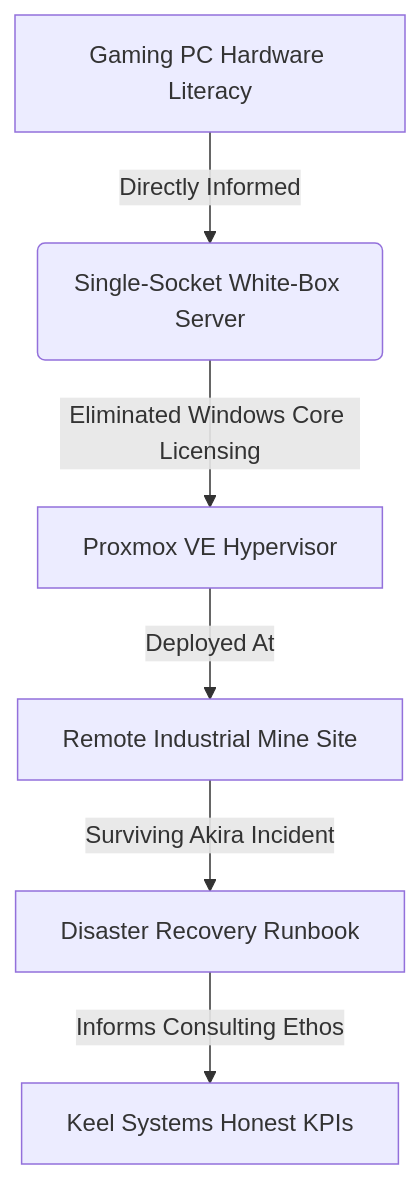
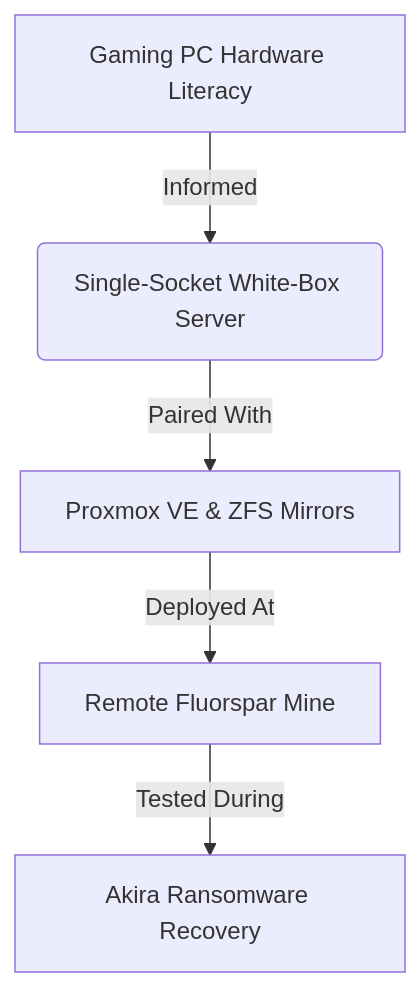
The diagram in content/articles/manifesto.md (thomster-git/foolery), drawn with Mermaid before and after one commit. The commit also changed other lines of this file and 40 other files, not shown here.

Commit message:
Release v1.8.0: Graph-first homepage, editorial & symmetry overhaul, /now page, and Monday dispatch

````diff
--- a/content/articles/manifesto.md
+++ b/content/articles/manifesto.md
@@ -95,8 +62,7 @@
 ```mermaid
 graph TD
-    A[Gaming PC Hardware Literacy] -->|Directly Informed| B(Single-Socket White-Box Server)
-    B -->|Eliminated Windows Core Licensing| C[Proxmox VE Hypervisor]
-    C -->|Deployed At| D[Remote Industrial Mine Site]
-    D -->|Surviving Akira Incident| E[Disaster Recovery Runbook]
-    E -->|Informs Consulting Ethos| F[Keel Systems Honest KPIs]
+    A[Gaming PC Hardware Literacy] -->|Informed| B(Single-Socket White-Box Server)
+    B -->|Paired With| C[Proxmox VE & ZFS Mirrors]
+    C -->|Deployed At| D[Remote Fluorspar Mine]
+    D -->|Tested During| E[Akira Ransomware Recovery]
 ```
````
